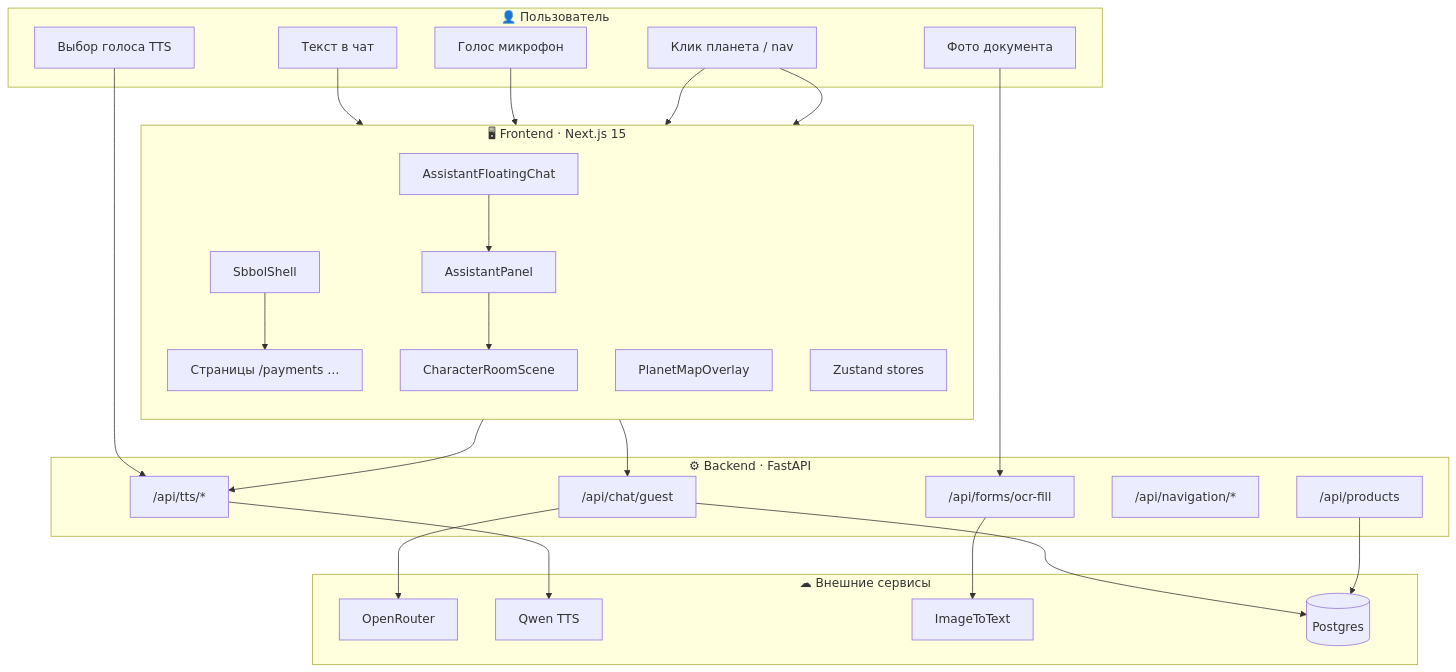
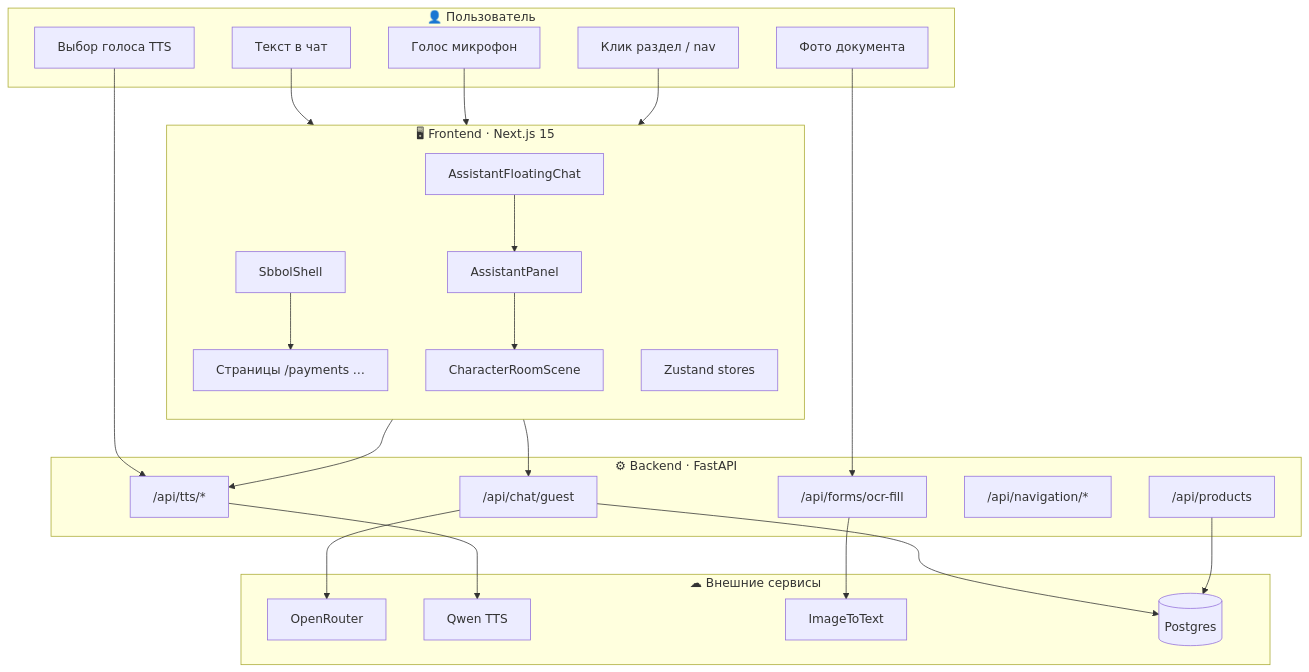
One commit to grrraaaa/mvp changed the second of 12 diagrams in docs/FEATURE_MAP.md. Above: the diagram before and after it, drawn with Mermaid. The commit also changed other lines of this file and 28 other files, not shown here.

````diff
--- a/docs/FEATURE_MAP.md
+++ b/docs/FEATURE_MAP.md
@@ -55,51 +53,50 @@
 ```mermaid
 flowchart TB
     subgraph USER["👤 Пользователь"]
         U1[Текст в чат]
         U2[Голос микрофон]
         U3[Фото документа]
-        U4[Клик планета / nav]
-        U5[Выбор голоса TTS]
+        U4[Клик раздел / nav]
+        U5[Выбор голоса TTS]                                         
     end
 
     subgraph FE["🖥 Frontend · Next.js 15"]
         direction TB
         SHELL[SbbolShell]
         PAGES[Страницы /payments …]
         CHAT[AssistantFloatingChat]
         PANEL[AssistantPanel]
-        MAP[PlanetMapOverlay]
         CHAR[CharacterRoomScene]
         STORES[Zustand stores]
         SHELL --> PAGES
         CHAT --> PANEL --> CHAR
     end
 
     subgraph BE["⚙ Backend · FastAPI"]
         CHAT_API["/api/chat/guest"]
         TTS_API["/api/tts/*"]
         OCR_API["/api/forms/ocr-fill"]
         NAV_API["/api/navigation/*"]
         PROD_API["/api/products"]
     end
 
     subgraph EXT["☁ Внешние сервисы"]
         OR[OpenRouter]
         QW[Qwen TTS]
         OCR[ImageToText]
         DB[(Postgres)]
     end
 
     U1 & U2 --> CHAT
     U3 --> OCR_API
-    U4 --> MAP & SHELL
+    U4 --> SHELL
     U5 --> TTS_API
 
     CHAT --> CHAT_API
     PANEL --> TTS_API
     CHAT_API --> OR
     TTS_API --> QW
     OCR_API --> OCR
     CHAT_API --> DB
     PROD_API --> DB
 ```
````
